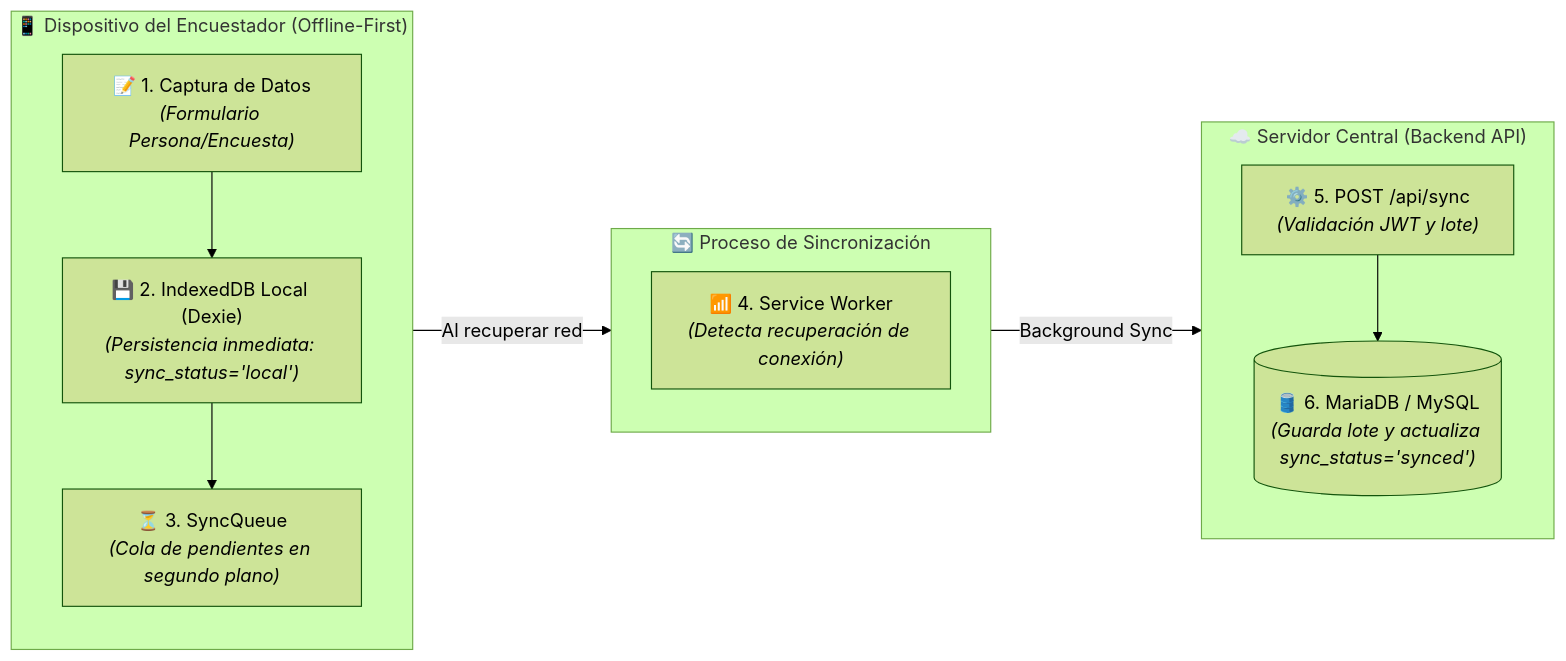
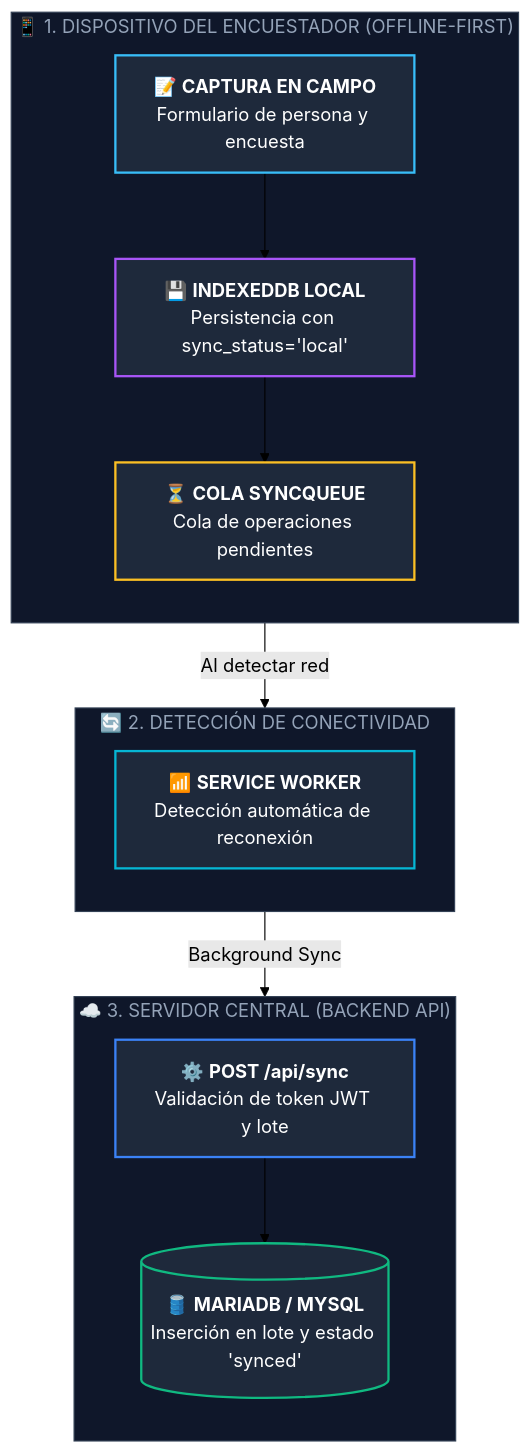
Before and after one commit to Santiago072/ModuloCRUD: the diagram in docs/Especificacion_Requisitos.md, drawn with Mermaid (forest theme). The commit also changed other lines of this file, not shown here.

Commit message:
docs: ampliar y estilizar cajas del diagrama con ancho generoso para evitar recortes de texto

````diff
--- a/docs/Especificacion_Requisitos.md
+++ b/docs/Especificacion_Requisitos.md
@@ -40,27 +40,37 @@
 ```mermaid
-graph LR
-    subgraph CLIENTE["📱 Dispositivo del Encuestador (Offline-First)"]
+graph TB
+    subgraph CLIENTE["📱 1. DISPOSITIVO DEL ENCUESTADOR (OFFLINE-FIRST)"]
         direction TB
-        ACT["📝 1. Captura de Datos<br/><i>(Formulario Persona/Encuesta)</i>"]
-        IDB["💾 2. IndexedDB Local (Dexie)<br/><i>(Persistencia inmediata: sync_status='local')</i>"]
-        QUEUE["⏳ 3. SyncQueue<br/><i>(Cola de pendientes en segundo plano)</i>"]
+        ACT["📝 <b>CAPTURA EN CAMPO</b><br>Formulario de persona y encuesta"]
+        IDB["💾 <b>INDEXEDDB LOCAL</b><br>Persistencia con sync_status='local'"]
+        QUEUE["⏳ <b>COLA SYNCQUEUE</b><br>Cola de operaciones pendientes"]
 
         ACT --> IDB --> QUEUE
     end
 
-    subgraph SYNC["🔄 Proceso de Sincronización"]
+    subgraph SYNC["🔄 2. DETECCIÓN DE CONECTIVIDAD"]
         direction TB
-        SW["📶 4. Service Worker<br/><i>(Detecta recuperación de conexión)</i>"]
+        SW["📶 <b>SERVICE WORKER</b><br>Detección automática de reconexión"]
     end
 
-    subgraph SERVER["☁️ Servidor Central (Backend API)"]
+    subgraph SERVER["☁️ 3. SERVIDOR CENTRAL (BACKEND API)"]
         direction TB
-        API["⚙️ 5. POST /api/sync<br/><i>(Validación JWT y lote)</i>"]
-        MYSQL[("🛢️ 6. MariaDB / MySQL<br/><i>(Guarda lote y actualiza sync_status='synced')</i>")]
+        API["⚙️ <b>POST /api/sync</b><br>Validación de token JWT y lote"]
+        MYSQL[("🛢️ <b>MARIADB / MYSQL</b><br>Inserción en lote y estado 'synced'")]
 
         API --> MYSQL
     end
 
-    QUEUE -->|"Al recuperar red"| SW
+    QUEUE -->|"Al detectar red"| SW
     SW -->|"Background Sync"| API
+
+    style ACT fill:#1e293b,stroke:#38bdf8,stroke-width:2px,color:#ffffff
+    style IDB fill:#1e293b,stroke:#a855f7,stroke-width:2px,color:#ffffff
+    style QUEUE fill:#1e293b,stroke:#fbbf24,stroke-width:2px,color:#ffffff
+    style SW fill:#1e293b,stroke:#06b6d4,stroke-width:2px,color:#ffffff
+    style API fill:#1e293b,stroke:#3b82f6,stroke-width:2px,color:#ffffff
+    style MYSQL fill:#1e293b,stroke:#10b981,stroke-width:2px,color:#ffffff
+    style CLIENTE fill:#0f172a,stroke:#334155,stroke-width:1px,color:#94a3b8
+    style SYNC fill:#0f172a,stroke:#334155,stroke-width:1px,color:#94a3b8
+    style SERVER fill:#0f172a,stroke:#334155,stroke-width:1px,color:#94a3b8
 ```
````
